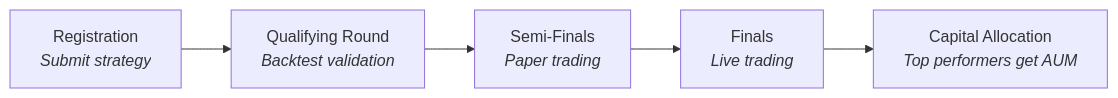
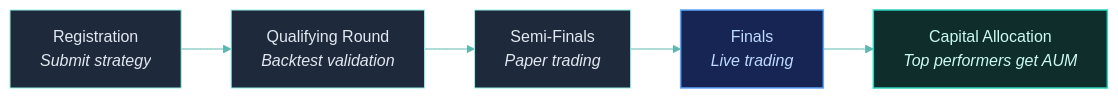
One commit to Clypt/docs changed the diagram in roadmap/competitions.mdx. Above: the diagram before and after it, drawn with Mermaid. The commit also changed 73 other files, not shown here.

````diff
--- a/roadmap/competitions.mdx
+++ b/roadmap/competitions.mdx
@@ -14,7 +14,14 @@
 ```mermaid
+%%{init: {'theme': 'base', 'themeVariables': { 'primaryColor': '#1e293b', 'primaryTextColor': '#e2e8f0', 'primaryBorderColor': '#94F1E8', 'lineColor': '#5bb8b0', 'clusterBkg': '#0f172a', 'clusterBorder': '#1e3a3a', 'titleColor': '#94F1E8', 'edgeLabelBackground': 'transparent' }}}%%
 flowchart LR
+    classDef action fill:#172554,stroke:#60a5fa,stroke-width:1.5px,color:#bfdbfe
+    classDef success fill:#0f2d2b,stroke:#2dd4bf,stroke-width:1.5px,color:#ccfbf1
+
     A["Registration<br><i>Submit strategy</i>"] --> B["Qualifying Round<br><i>Backtest validation</i>"]
     B --> C["Semi-Finals<br><i>Paper trading</i>"]
     C --> D["Finals<br><i>Live trading</i>"]
     D --> E["Capital Allocation<br><i>Top performers get AUM</i>"]
+
+    class D action
+    class E success
 ```
````
